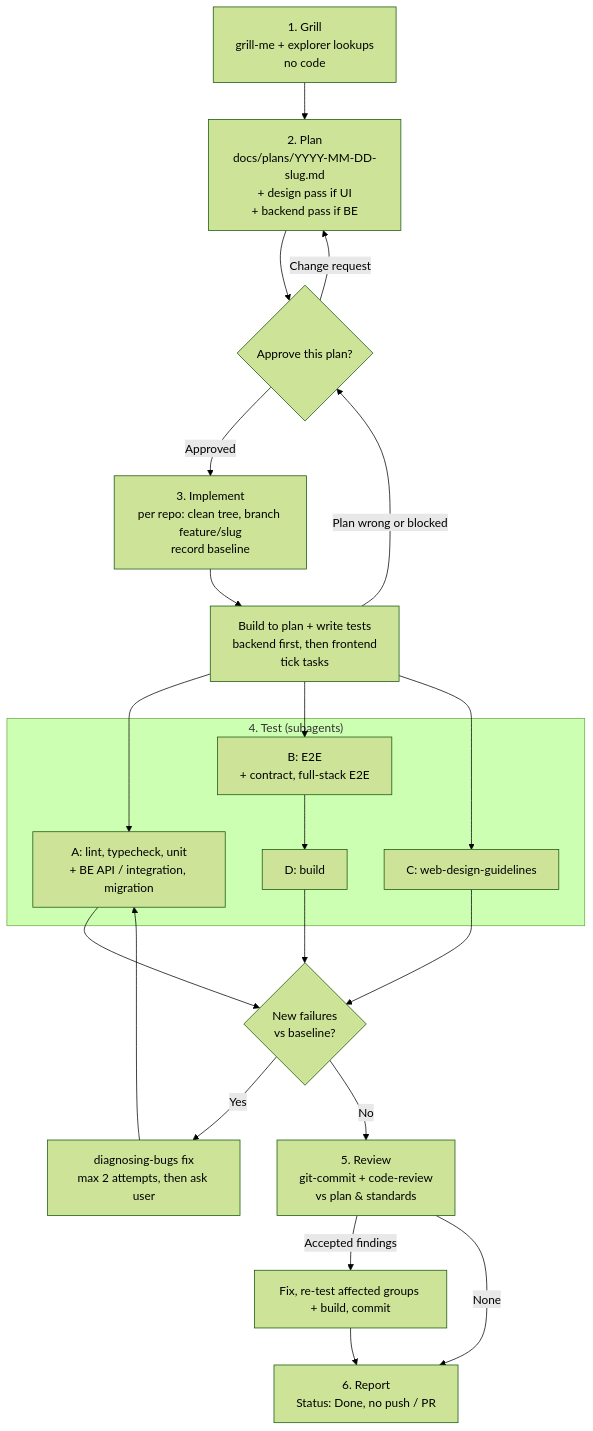
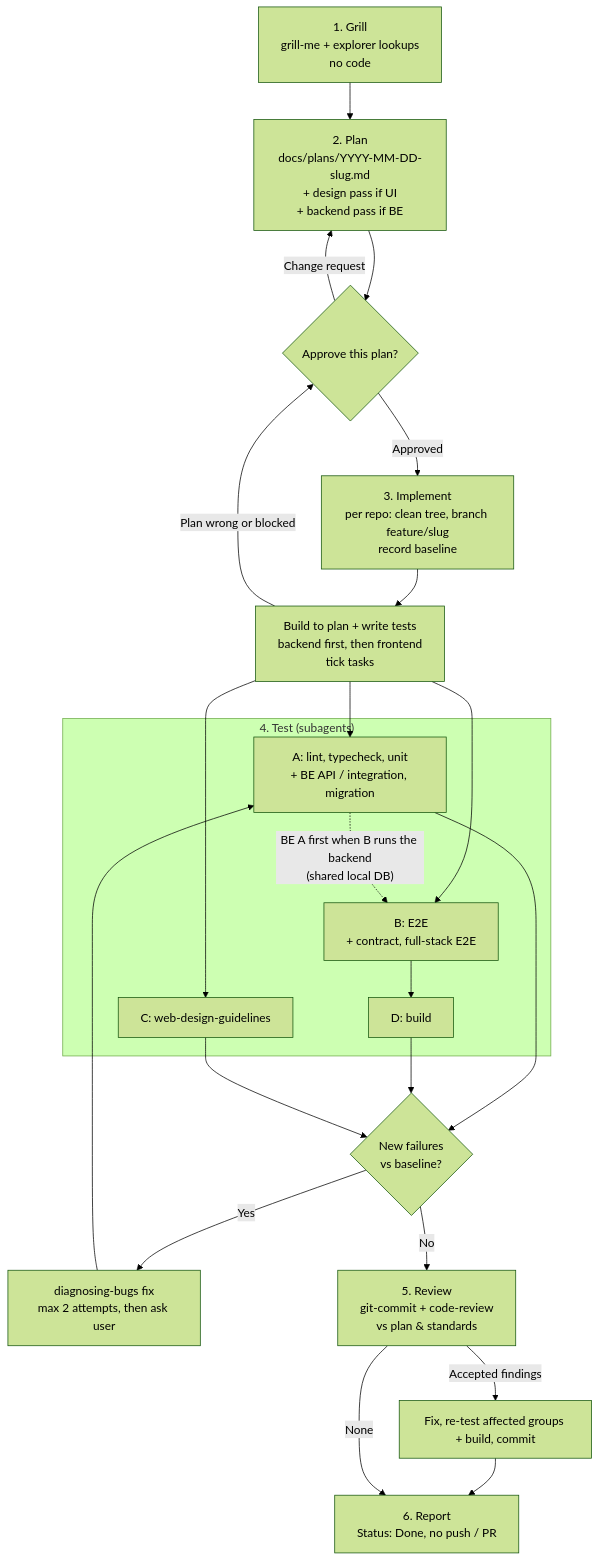
The second of 3 diagrams in README.md (minhfi/bumno), drawn with Mermaid (forest theme) before and after one commit. The commit also changed other lines of this file and 4 other files, not shown here.

````diff
--- a/README.md
+++ b/README.md
@@ -96,23 +96,24 @@
 ```mermaid
 flowchart TD
     G["1. Grill<br/>grill-me + explorer lookups<br/>no code"] --> P["2. Plan<br/>docs/plans/YYYY-MM-DD-slug.md<br/>+ design pass if UI<br/>+ backend pass if BE"]
     P --> A{Approve this plan?}
     A -->|Change request| P
     A -->|Approved| I1["3. Implement<br/>per repo: clean tree, branch feature/slug<br/>record baseline"]
     I1 --> I2[Build to plan + write tests<br/>backend first, then frontend<br/>tick tasks]
     I2 -->|Plan wrong or blocked| A
     I2 --> TA & TB & TC
     subgraph T4 ["4. Test (subagents)"]
         TA[A: lint, typecheck, unit<br/>+ BE API / integration, migration]
         TB[B: E2E<br/>+ contract, full-stack E2E]
         TC[C: web-design-guidelines]
+        TA -.->|"BE A first when B runs the backend<br/>(shared local DB)"| TB
         TB --> TD[D: build]
     end
     TA & TD & TC --> R{New failures<br/>vs baseline?}
     R -->|Yes| DB[diagnosing-bugs fix<br/>max 2 attempts, then ask user]
     DB --> TA
     R -->|No| RV["5. Review<br/>git-commit + code-review<br/>vs plan & standards"]
     RV -->|Accepted findings| FX[Fix, re-test affected groups + build, commit]
     FX --> RP
     RV -->|None| RP["6. Report<br/>Status: Done, no push / PR"]
 ```
````
